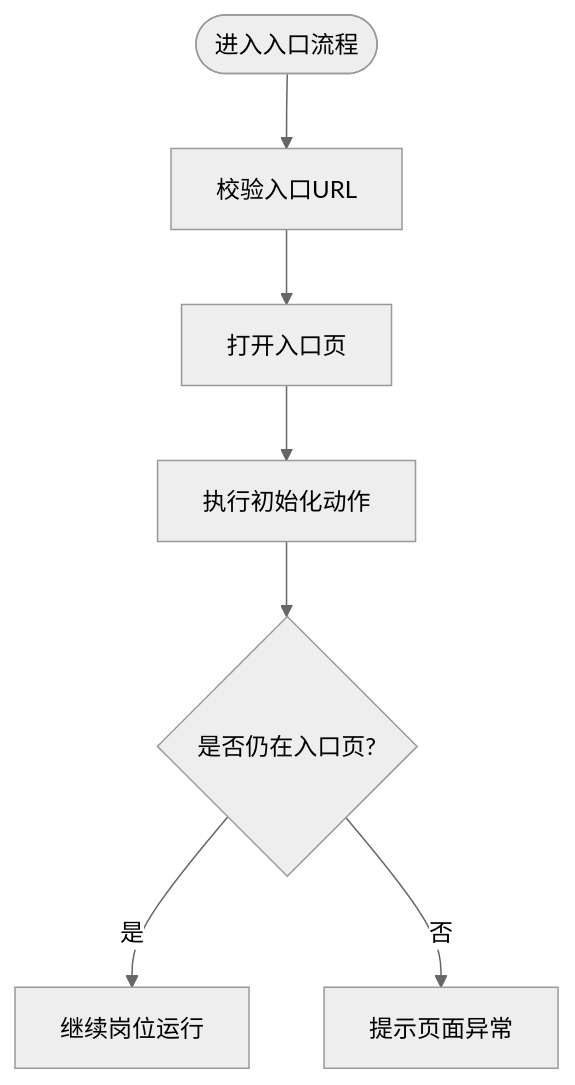
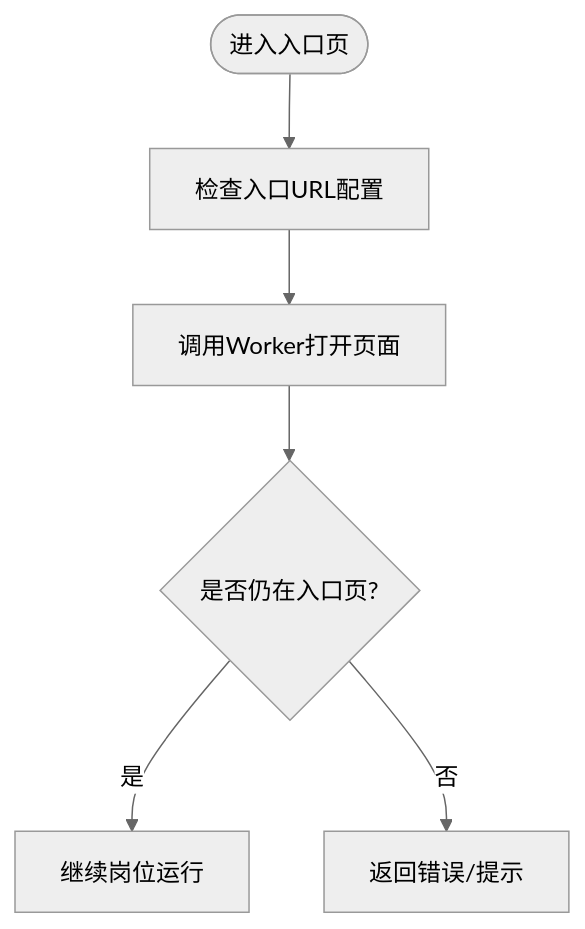
One commit to alvinwangzi/goodhr changed the third of 10 diagrams in .qoder/repowiki/zh/content/系统架构/本地Agent架构/平台适配器系统/猎聘适配器.md. Above: the diagram before and after it, drawn with Mermaid (neutral theme). The commit also changed other lines of this file and 149 other files, not shown here.

````diff
--- a/.qoder/repowiki/zh/content/系统架构/本地Agent架构/平台适配器系统/猎聘适配器.md
+++ b/.qoder/repowiki/zh/content/系统架构/本地Agent架构/平台适配器系统/猎聘适配器.md
@@ -145,9 +142,8 @@
 ```mermaid
 flowchart TD
-Start(["进入入口流程"]) --> CheckURL["校验入口URL"]
-CheckURL --> Open["打开入口页"]
-Open --> Init["执行初始化动作"]
-Init --> Verify{"是否仍在入口页?"}
-Verify --> |是| Next["继续岗位运行"]
-Verify --> |否| Alert["提示页面异常"]
+Start(["进入入口页"]) --> CheckCfg["检查入口URL配置"]
+CheckCfg --> OpenPage["调用Worker打开页面"]
+OpenPage --> IsEntry{"是否仍在入口页?"}
+IsEntry --> |是| Next["继续岗位运行"]
+IsEntry --> |否| Handle["返回错误/提示"]
 ```
````
